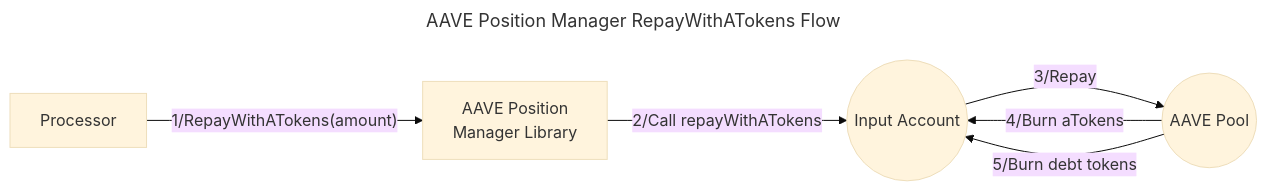
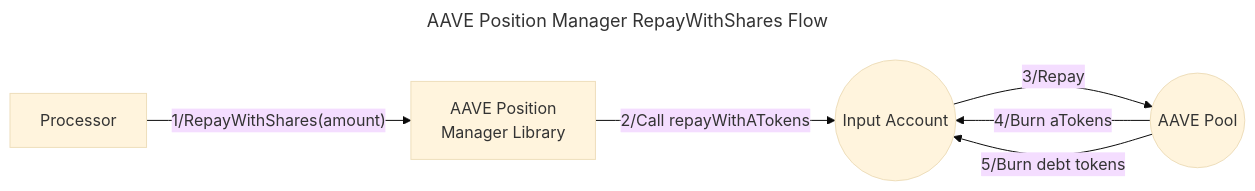
Before and after one commit to timewave-computer/valence-protocol: the fifth of 5 diagrams in docs/src/libraries/evm/aave_position_manager.md, drawn with Mermaid (base theme). The commit also changed other lines of this file and 5 other files, not shown here.

Commit message:
rename to repayWithShares

````diff
--- a/docs/src/libraries/evm/aave_position_manager.md
+++ b/docs/src/libraries/evm/aave_position_manager.md
@@ -76,17 +76,17 @@
 ```mermaid
 ---
-title: AAVE Position Manager RepayWithATokens Flow
+title: AAVE Position Manager RepayWithShares Flow
 ---
 flowchart LR
     P[Processor]
     A[AAVE Position
     Manager Library]
     IA((Input Account))
     AP((AAVE Pool))
 
-    P -- 1/RepayWithATokens(amount) --> A
+    P -- 1/RepayWithShares(amount) --> A
     A -- 2/Call repayWithATokens --> IA
     IA -- 3/Repay --> AP
     AP -- 4/Burn aTokens --> IA
     AP -- 5/Burn debt tokens --> IA
 ```
````
